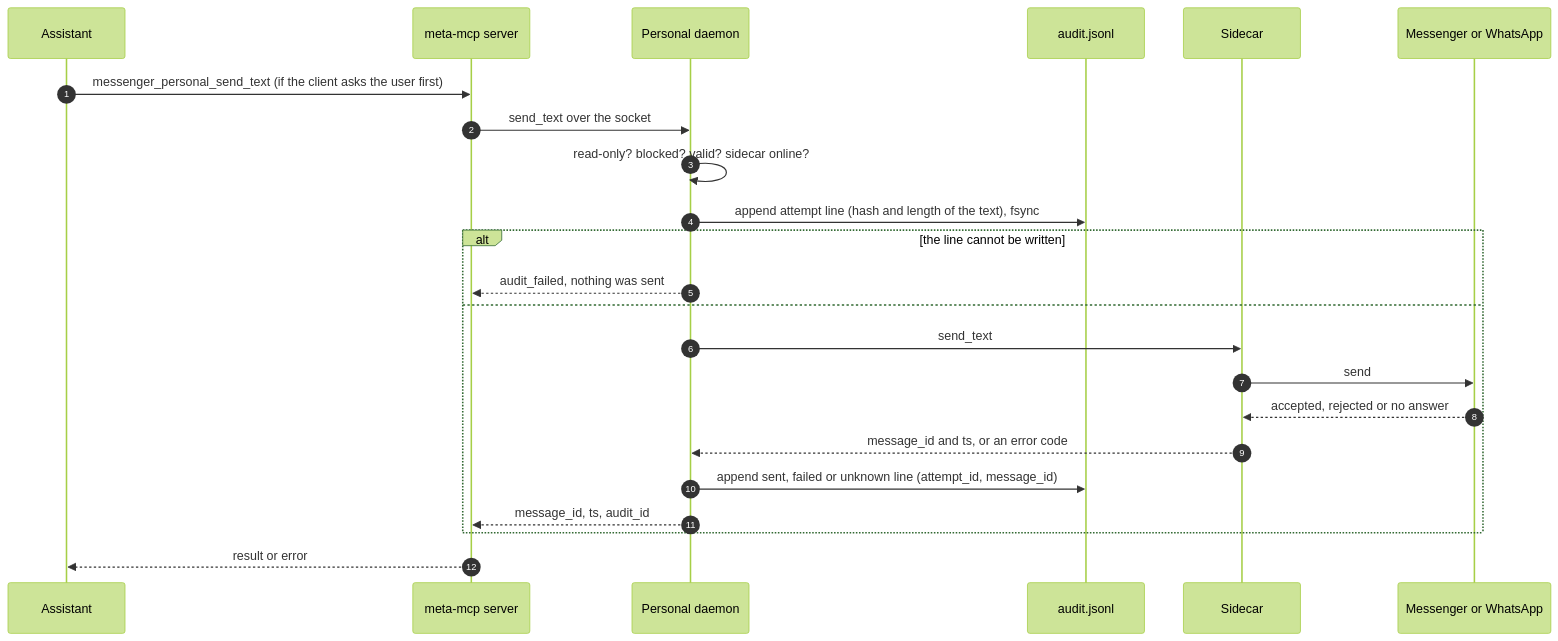
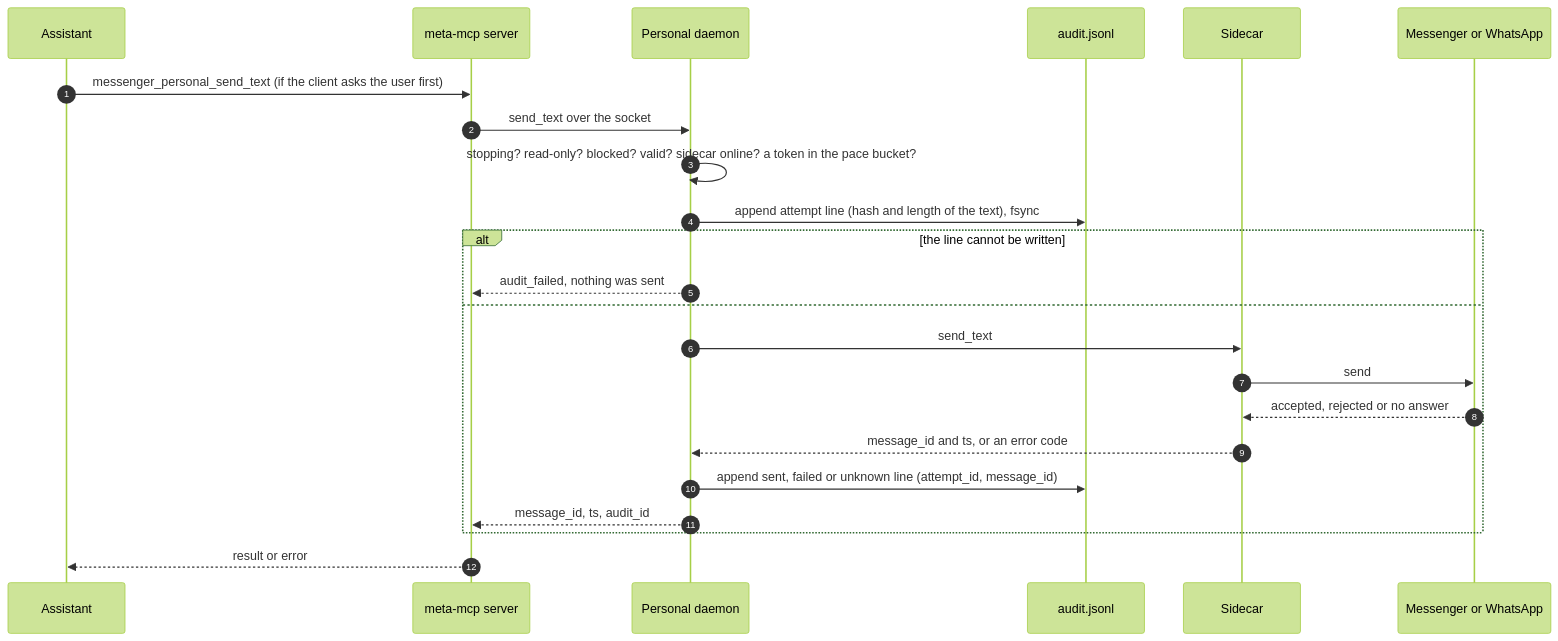
One commit to matpb/meta-mcp-rs changed the eighth of 8 diagrams in docs/ARCHITECTURE.md. Above: the diagram before and after it, drawn with Mermaid (forest theme). The commit also changed other lines of this file and 8 other files, not shown here.

````diff
--- a/docs/ARCHITECTURE.md
+++ b/docs/ARCHITECTURE.md
@@ -829,26 +875,26 @@
 ```mermaid
 sequenceDiagram
     autonumber
     participant AI as Assistant
     participant MCP as meta-mcp server
     participant D as Personal daemon
     participant Log as audit.jsonl
     participant S as Sidecar
     participant Service as Messenger or WhatsApp
 
     AI->>MCP: messenger_personal_send_text (if the client asks the user first)
     MCP->>D: send_text over the socket
-    D->>D: read-only? blocked? valid? sidecar online?
+    D->>D: stopping? read-only? blocked? valid? sidecar online? a token in the pace bucket?
     D->>Log: append attempt line (hash and length of the text), fsync
     alt the line cannot be written
         D-->>MCP: audit_failed, nothing was sent
     else
         D->>S: send_text
         S->>Service: send
         Service-->>S: accepted, rejected or no answer
         S-->>D: message_id and ts, or an error code
         D->>Log: append sent, failed or unknown line (attempt_id, message_id)
         D-->>MCP: message_id, ts, audit_id
     end
     MCP-->>AI: result or error
 ```
````
